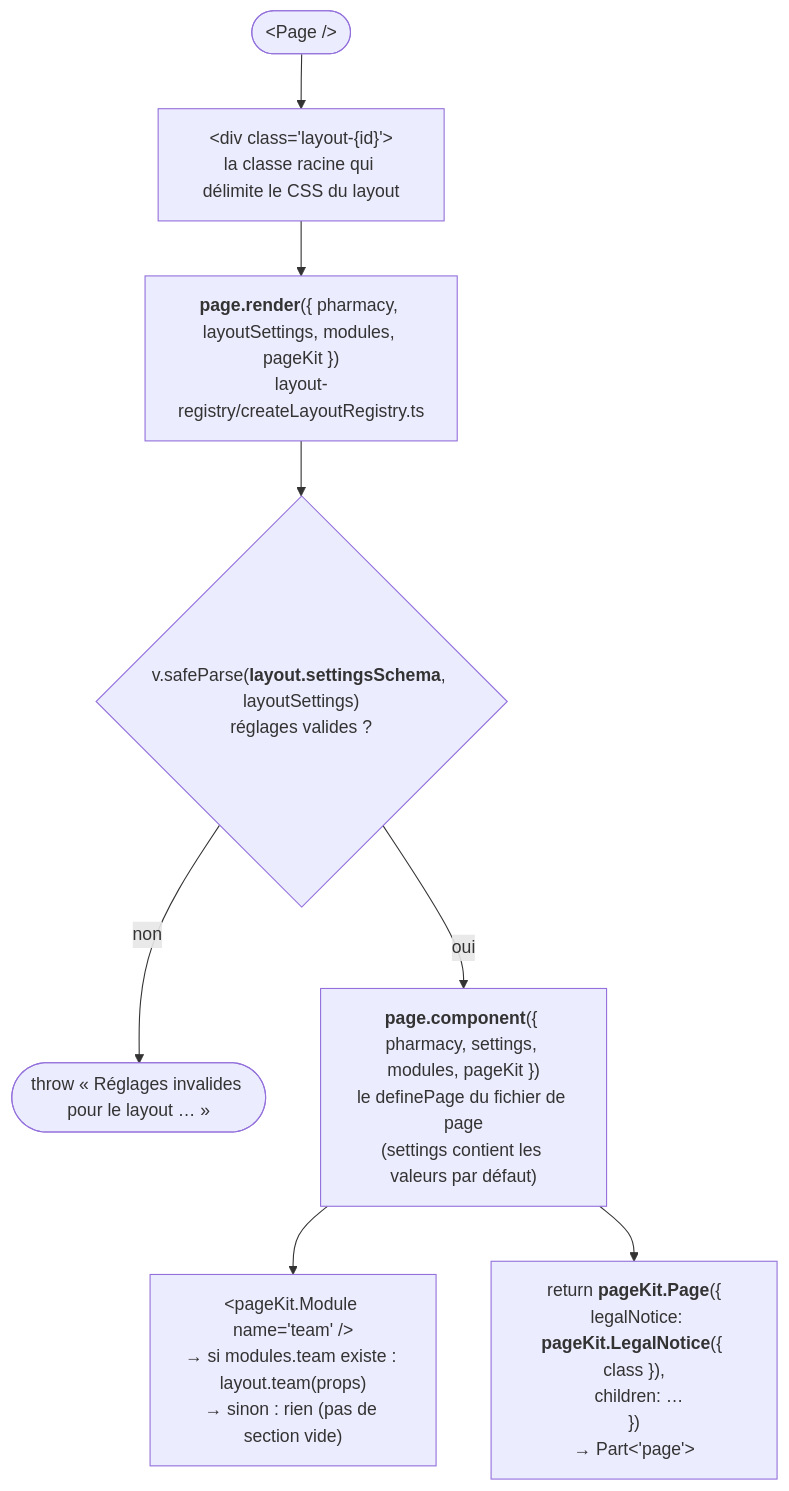
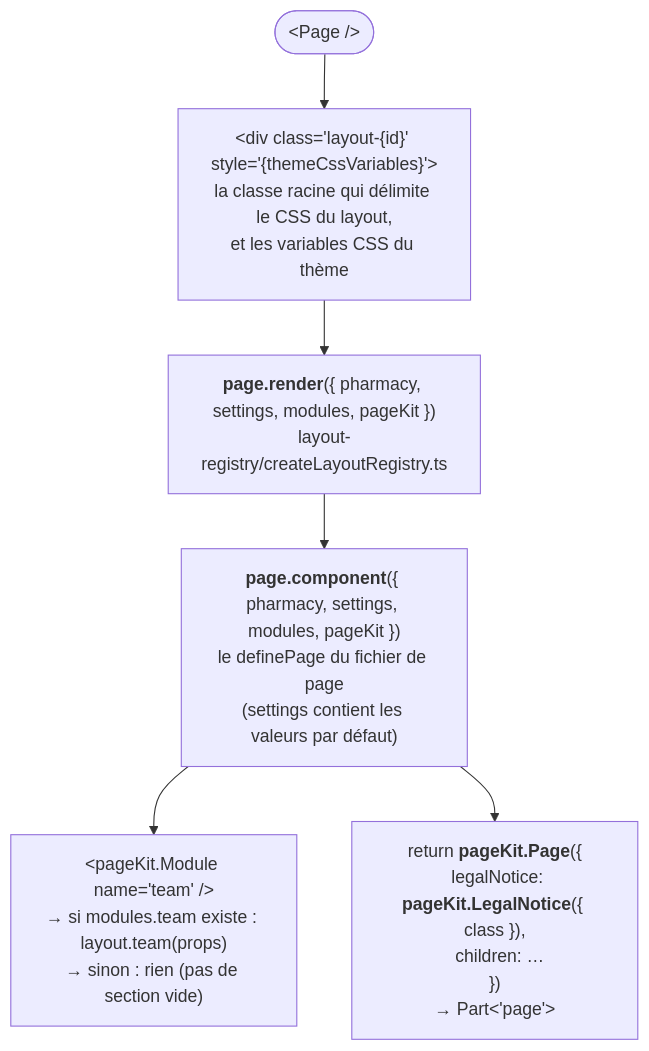
Before and after one commit to BastienGRNT/crystal_pharm: the fifth of 8 diagrams in app/engine/docs/fonctionnement-complet.md, drawn with Mermaid. The commit also changed other lines of this file and 21 other files, not shown here.

First line of the commit message:
feat(renderer): un thème personnalisable par layout

````diff
--- a/app/engine/docs/fonctionnement-complet.md
+++ b/app/engine/docs/fonctionnement-complet.md
@@ -149,10 +152,8 @@
 ```mermaid
 flowchart TD
-    page(["&lt;Page /&gt;"]) --> wrap["&lt;div class='layout-{id}'&gt;<br/>la classe racine qui délimite le CSS du layout"]
-    wrap --> renderPage["<b>page.render</b>({ pharmacy, layoutSettings, modules, pageKit })<br/>layout-registry/createLayoutRegistry.ts"]
-    renderPage --> settings{"v.safeParse(<b>layout.settingsSchema</b>, layoutSettings)<br/>réglages valides ?"}
-    settings -- non --> settingsError(["throw « Réglages invalides pour le layout … »"])
-    settings -- oui --> component["<b>page.component</b>({ pharmacy, settings, modules, pageKit })<br/>le definePage du fichier de page<br/>(settings contient les valeurs par défaut)"]
+    page(["&lt;Page /&gt;"]) --> wrap["&lt;div class='layout-{id}' style='{themeCssVariables}'&gt;<br/>la classe racine qui délimite le CSS du layout,<br/>et les variables CSS du thème"]
+    wrap --> renderPage["<b>page.render</b>({ pharmacy, settings, modules, pageKit })<br/>layout-registry/createLayoutRegistry.ts"]
+    renderPage --> component["<b>page.component</b>({ pharmacy, settings, modules, pageKit })<br/>le definePage du fichier de page<br/>(settings contient les valeurs par défaut)"]
     component --> moduleSlot["&lt;pageKit.Module name='team' /&gt;<br/>→ si modules.team existe : layout.team(props)<br/>→ sinon : rien (pas de section vide)"]
     component --> pageCall["return <b>pageKit.Page</b>({<br/>  legalNotice: <b>pageKit.LegalNotice</b>({ class }),<br/>  children: …<br/>})<br/>→ Part&lt;'page'&gt;"]
 ```
````
